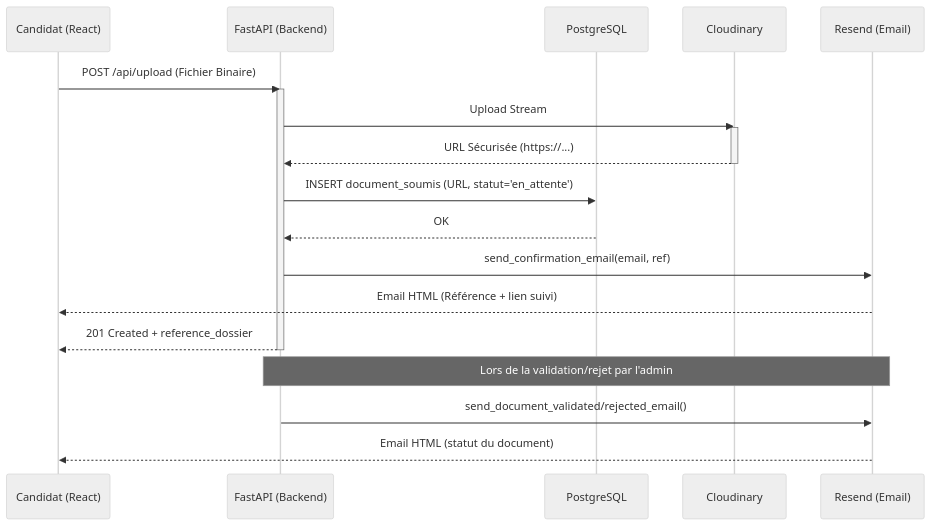
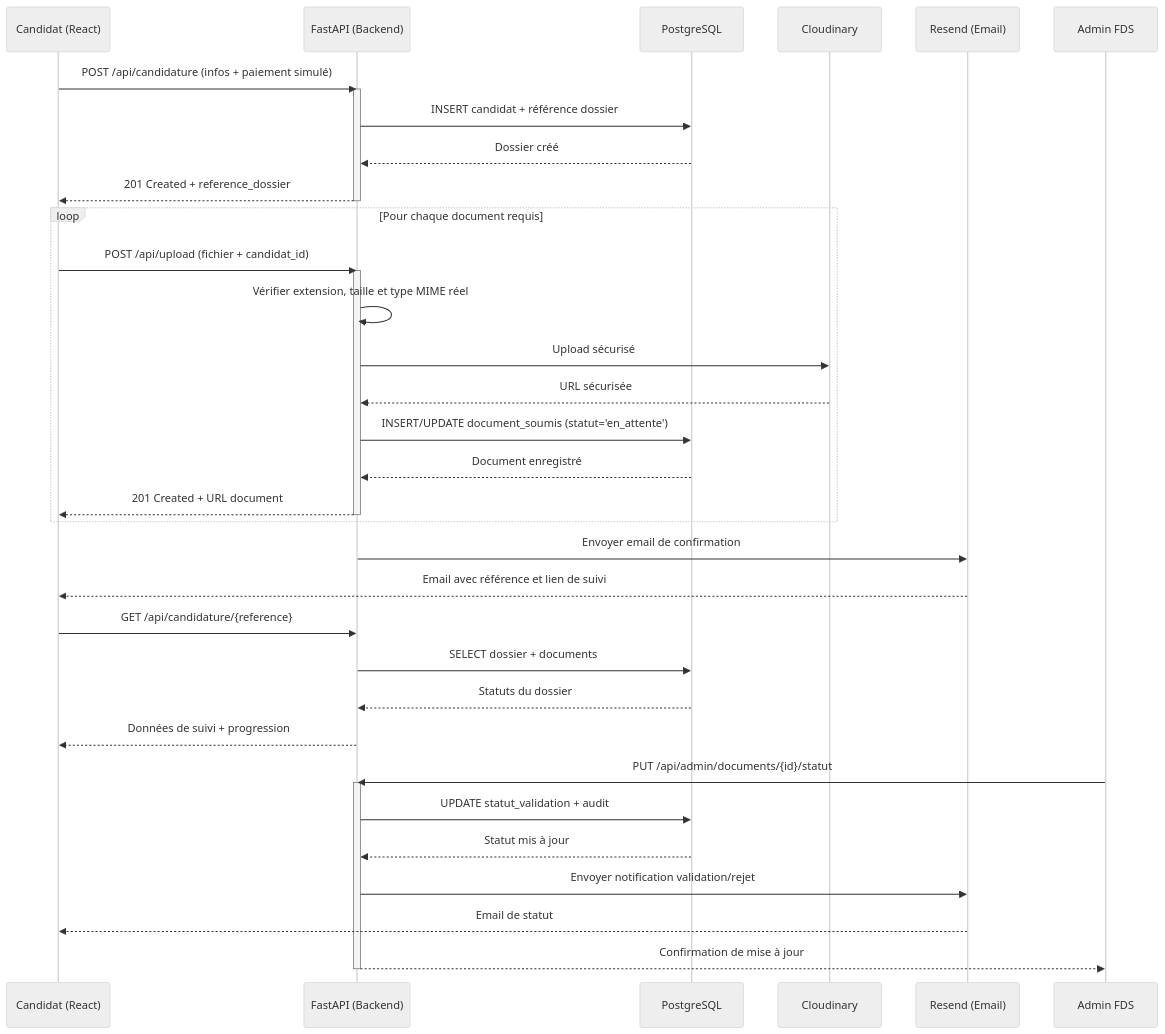
Before and after one commit to Paro-fds/fds-portail: the third of 5 diagrams in cahier_des_charges.md, drawn with Mermaid (neutral theme). The commit also changed other lines of this file and 21 other files, not shown here.

````diff
--- a/cahier_des_charges.md
+++ b/cahier_des_charges.md
@@ -161,25 +303,45 @@
 ```mermaid
 sequenceDiagram
     participant C as Candidat (React)
     participant API as FastAPI (Backend)
     participant DB as PostgreSQL
     participant Cloud as Cloudinary
     participant Mail as Resend (Email)
-    
-    C->>API: POST /api/upload (Fichier Binaire)
+    participant A as Admin FDS
+
+    C->>API: POST /api/candidature (infos + paiement simulé)
     activate API
-    API->>Cloud: Upload Stream
-    activate Cloud
-    Cloud-->>API: URL Sécurisée (https://...)
-    deactivate Cloud
-    API->>DB: INSERT document_soumis (URL, statut='en_attente')
-    DB-->>API: OK
-    API->>Mail: send_confirmation_email(email, ref)
-    Mail-->>C: Email HTML (Référence + lien suivi)
+    API->>DB: INSERT candidat + référence dossier
+    DB-->>API: Dossier créé
     API-->>C: 201 Created + reference_dossier
     deactivate API
 
-    Note over API,Mail: Lors de la validation/rejet par l'admin
-    API->>Mail: send_document_validated/rejected_email()
-    Mail-->>C: Email HTML (statut du document)
+    loop Pour chaque document requis
+        C->>API: POST /api/upload (fichier + candidat_id)
+        activate API
+        API->>API: Vérifier extension, taille et type MIME réel
+        API->>Cloud: Upload sécurisé
+        Cloud-->>API: URL sécurisée
+        API->>DB: INSERT/UPDATE document_soumis (statut='en_attente')
+        DB-->>API: Document enregistré
+        API-->>C: 201 Created + URL document
+        deactivate API
+    end
+
+    API->>Mail: Envoyer email de confirmation
+    Mail-->>C: Email avec référence et lien de suivi
+
+    C->>API: GET /api/candidature/{reference}
+    API->>DB: SELECT dossier + documents
+    DB-->>API: Statuts du dossier
+    API-->>C: Données de suivi + progression
+
+    A->>API: PUT /api/admin/documents/{id}/statut
+    activate API
+    API->>DB: UPDATE statut_validation + audit
+    DB-->>API: Statut mis à jour
+    API->>Mail: Envoyer notification validation/rejet
+    Mail-->>C: Email de statut
+    API-->>A: Confirmation de mise à jour
+    deactivate API
 ```
````
